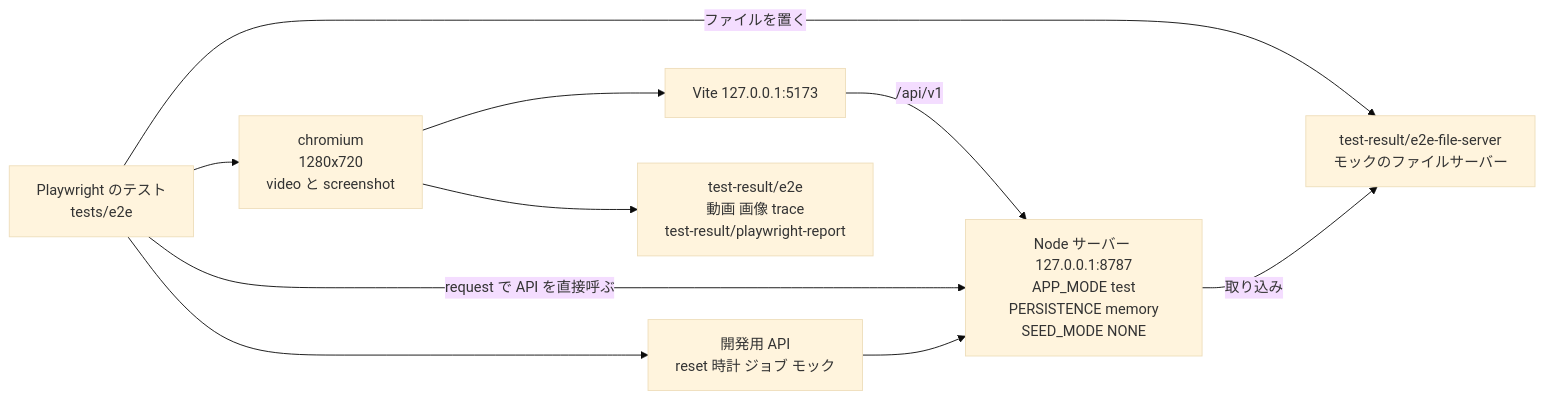
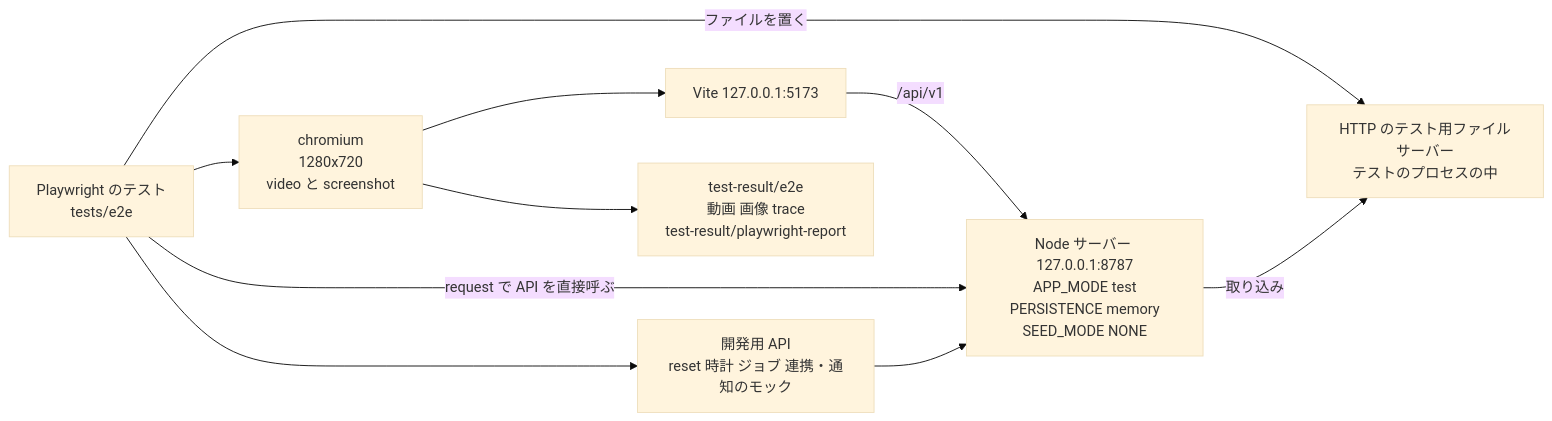
Diagram 46 of 46 in docs/10_design/architecture/as-built.md (NS-APU/smart-farm-monitoring), drawn with Mermaid (base theme) before and after one commit. The commit also changed other lines of this file and 11 other files, not shown here.

````diff
--- a/docs/10_design/architecture/as-built.md
+++ b/docs/10_design/architecture/as-built.md
@@ -2603,20 +2604,20 @@
 ```mermaid
 flowchart LR
   T["Playwright のテスト<br>tests/e2e"]
   BR["chromium<br>1280x720<br>video と screenshot"]
   VITE["Vite 127.0.0.1:5173"]
   BE["Node サーバー 127.0.0.1:8787<br>APP_MODE test<br>PERSISTENCE memory<br>SEED_MODE NONE"]
-  FS["test-result/e2e-file-server<br>モックのファイルサーバー"]
-  DEV["開発用 API<br>reset 時計 ジョブ モック"]
+  FS["HTTP のテスト用ファイルサーバー<br>テストのプロセスの中"]
+  DEV["開発用 API<br>reset 時計 ジョブ 連携・通知のモック"]
   OUT["test-result/e2e<br>動画 画像 trace<br>test-result/playwright-report"]
 
   T --> BR
   BR --> VITE
   VITE -->|"/api/v1"| BE
   T -->|"request で API を直接呼ぶ"| BE
   T --> DEV
   DEV --> BE
   T -->|"ファイルを置く"| FS
   BE -->|"取り込み"| FS
   BR --> OUT
 ```
````
